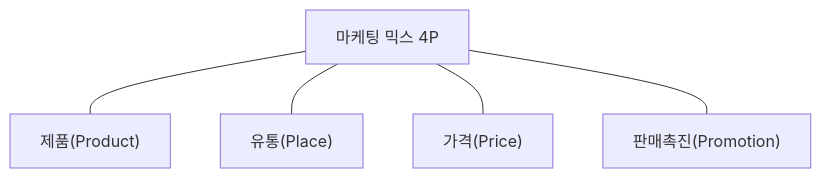
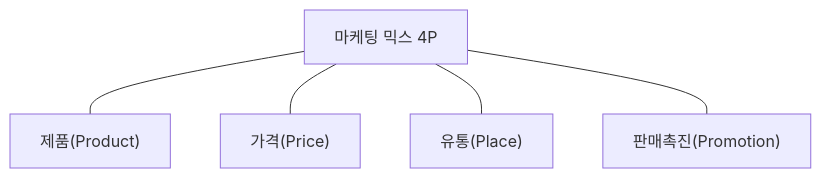
One commit to yeonkyupark/pepc2e changed the diagram in 1103서비스운영관리.qmd. Above: the diagram before and after it, drawn with Mermaid. The commit also changed other lines of this file, not shown here.

````diff
--- a/1103서비스운영관리.qmd
+++ b/1103서비스운영관리.qmd
@@ -207,10 +214,10 @@
 ```{mermaid}
 flowchart TB
 0["마케팅 믹스 4P"]
 11["제품(Product)"]
 12["유통(Place)"]
 13["가격(Price)"]
 14["판매촉진(Promotion)"]
 
-0 --- 11 & 12 & 13 & 14
+0 --- 11 & 13 & 12 & 14
 ```
````
